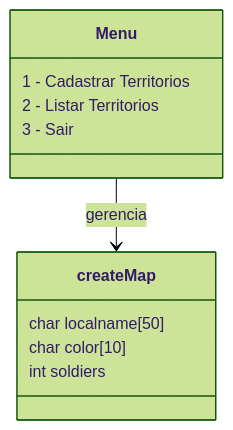
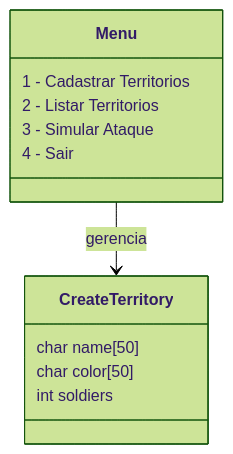
One commit to Reyzkk/War_Project changed the diagram in README.md. Above: the diagram before and after it, drawn with Mermaid (forest theme). The commit also changed other lines of this file, not shown here.

````diff
--- a/README.md
+++ b/README.md
@@ -94,16 +105,17 @@
 ```mermaid
 classDiagram
-    class createMap {
-        char localname[50]
-        char color[10]
+    class CreateTerritory {
+        char name[50]
+        char color[50]
         int soldiers
     }
 
     class Menu {
         1 - Cadastrar Territorios
         2 - Listar Territorios
-        3 - Sair
+        3 - Simular Ataque
+        4 - Sair
     }
 
-    Menu --> createMap : gerencia
+    Menu --> CreateTerritory : gerencia
 ```
````
